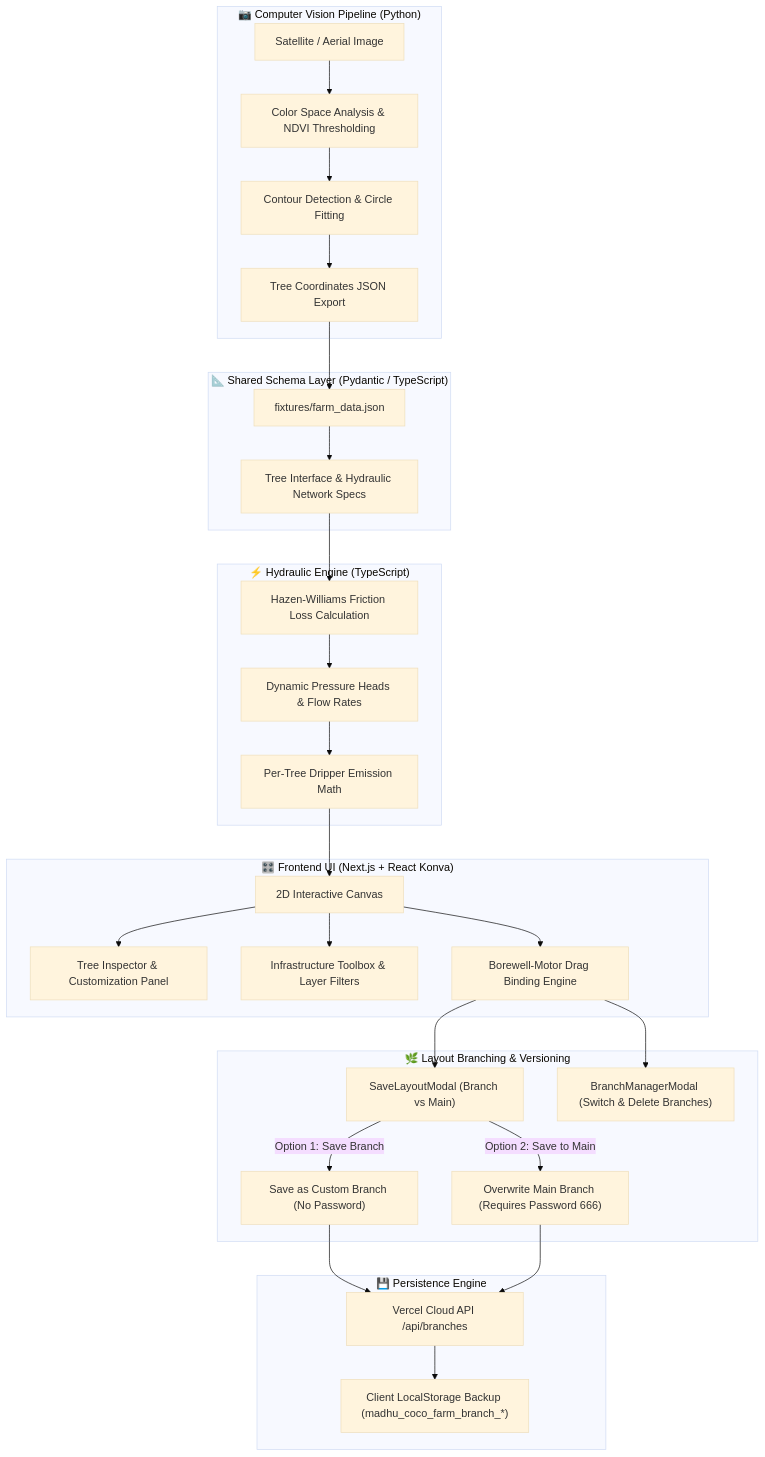
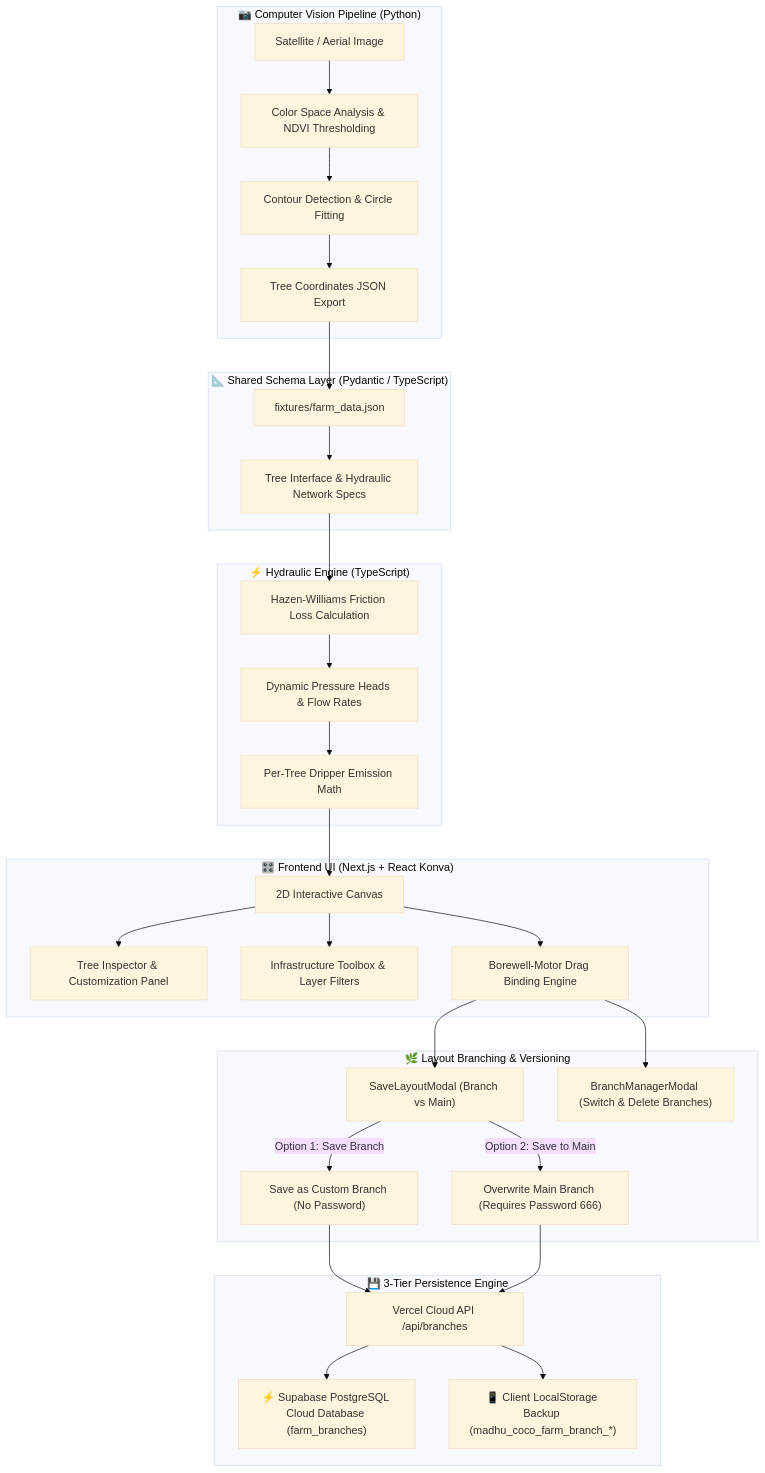
The diagram in README.md (abhay2008/coconut-farm-digital-twin), drawn with Mermaid (base theme) before and after one commit. The commit also changed other lines of this file and 5 other files, not shown here.

Commit message:
feat: add real-time animated hydraulic flow simulation engine (500L initial pond state, play/pause, 1x-50x speed controls, phase wave propagation, streaming water dashes & microsprinkler spray droplets); update README & USAGE_GUIDE with 1,300+ tree twins and Supabase DB architecture

````diff
--- a/README.md
+++ b/README.md
@@ -67,39 +71,40 @@
 ```mermaid
 flowchart TD
     subgraph CV_Pipeline["📷 Computer Vision Pipeline (Python)"]
         A["Satellite / Aerial Image"] --> B["Color Space Analysis & NDVI Thresholding"]
         B --> C["Contour Detection & Circle Fitting"]
         C --> D["Tree Coordinates JSON Export"]
     end
 
     subgraph Data_Schemas["📐 Shared Schema Layer (Pydantic / TypeScript)"]
         D --> E["fixtures/farm_data.json"]
         E --> F["Tree Interface & Hydraulic Network Specs"]
     end
 
     subgraph Simulation_Engine["⚡ Hydraulic Engine (TypeScript)"]
         F --> G["Hazen-Williams Friction Loss Calculation"]
         G --> H["Dynamic Pressure Heads & Flow Rates"]
         H --> I["Per-Tree Dripper Emission Math"]
     end
 
     subgraph Interactive_UI["🎛️ Frontend UI (Next.js + React Konva)"]
         I --> J["2D Interactive Canvas"]
         J --> K["Tree Inspector & Customization Panel"]
         J --> L["Infrastructure Toolbox & Layer Filters"]
         J --> M["Borewell-Motor Drag Binding Engine"]
     end
 
     subgraph Branching_Engine["🌿 Layout Branching & Versioning"]
         M --> N["SaveLayoutModal (Branch vs Main)"]
         N -->|Option 1: Save Branch| O1["Save as Custom Branch (No Password)"]
         N -->|Option 2: Save to Main| O2["Overwrite Main Branch (Requires Password 666)"]
         M --> P["BranchManagerModal (Switch & Delete Branches)"]
     end
 
-    subgraph Storage["💾 Persistence Engine"]
+    subgraph Storage["💾 3-Tier Persistence Engine"]
         O1 --> Q["Vercel Cloud API /api/branches"]
         O2 --> Q
-        Q --> R["Client LocalStorage Backup (madhu_coco_farm_branch_*)"]
+        Q --> S["⚡ Supabase PostgreSQL Cloud Database (farm_branches)"]
+        Q --> R["📱 Client LocalStorage Backup (madhu_coco_farm_branch_*)"]
     end
 ```
````
